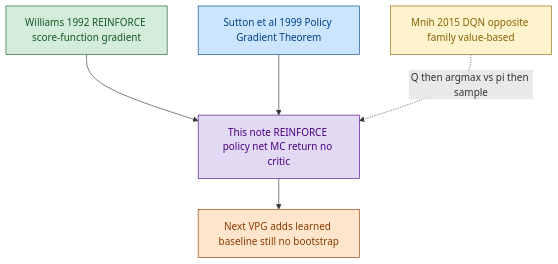
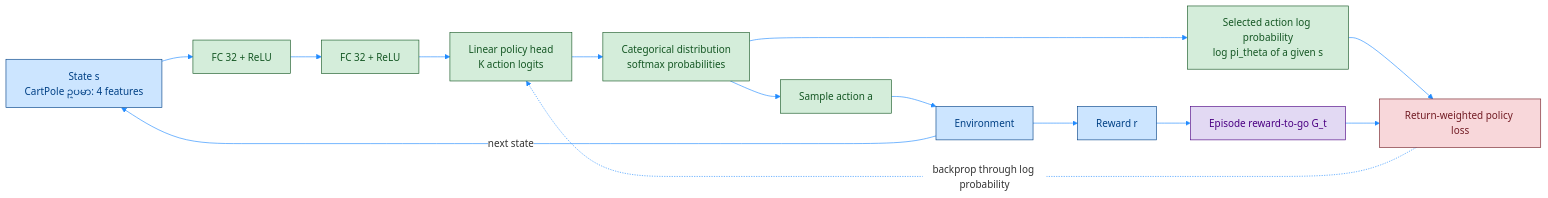
One commit to Open-Source-Robotics-For-Myanmar/rl changed the first of 3 diagrams in Day81 RL python/02_Miguel Morales - Grokking Deep Reinforcement Learning/02_rl_with_dl/rom_photos/06_1_PB_REINFORCE.md. Above: the diagram before and after it, drawn with Mermaid. The commit also changed other lines of this file and 5 other files, not shown here.

Commit message:
docs: organize paper and architecture notes in README

````diff
--- a/Day81 RL python/02_Miguel Morales - Grokking Deep Reinforcement Learning/02_rl_with_dl/rom_photos/06_1_PB_REINFORCE.md
+++ b/Day81 RL python/02_Miguel Morales - Grokking Deep Reinforcement Learning/02_rl_with_dl/rom_photos/06_1_PB_REINFORCE.md
@@ -41,19 +29,26 @@
 ```mermaid
-flowchart TD
-    P1["Williams 1992 REINFORCE score-function gradient"]:::policy
-    P2["Sutton et al 1999 Policy Gradient Theorem"]:::shared
-    P3["Mnih 2015 DQN opposite family value-based"]:::sample
-    P4["This note REINFORCE policy net MC return no critic"]:::value
-    P5["Next VPG adds learned baseline still no bootstrap"]:::extra
+%%{init: {'theme': 'base', 'themeVariables': { 'primaryColor': '#ffffff', 'lineColor': '#218bff'}}}%%
+flowchart LR
+    S["State s<br/>CartPole ဥပမာ: 4 features"] --> H1["FC 32 + ReLU"]
+    H1 --> H2["FC 32 + ReLU"]
+    H2 --> Z["Linear policy head<br/>K action logits"]
+    Z --> P["Categorical distribution<br/>softmax probabilities"]
+    P --> A["Sample action a"]
+    P --> LP["Selected action log probability<br/>log pi_theta of a given s"]
+    A --> E["Environment"]
+    E -->|"next state"| S
+    E --> R["Reward r"]
+    LP --> L["Return-weighted policy loss"]
+    R --> G["Episode reward-to-go G_t"]
+    G --> L
+    L -.->|"backprop through log probability"| Z
 
-    P1 --> P4
-    P2 --> P4
-    P3 -.->|"Q then argmax vs pi then sample"| P4
-    P4 --> P5
-
-    classDef shared fill:#cce5ff,stroke:#004085,color:#004085
-    classDef policy fill:#d4edda,stroke:#155724,color:#155724
-    classDef sample fill:#fff3cd,stroke:#856404,color:#856404
-    classDef value fill:#e2d9f3,stroke:#4b0082,color:#4b0082
-    classDef extra fill:#ffe5cc,stroke:#8a3b00,color:#8a3b00
+    classDef data fill:#cce5ff,stroke:#004085,stroke-width:1px,color:#004085;
+    classDef policy fill:#d4edda,stroke:#155724,stroke-width:1px,color:#155724;
+    classDef signal fill:#e2d9f3,stroke:#4b0082,stroke-width:1px,color:#4b0082;
+    classDef train fill:#f8d7da,stroke:#721c24,stroke-width:1px,color:#721c24;
+    class S,E,R data;
+    class H1,H2,Z,P,A,LP policy;
+    class G signal;
+    class L train;
 ```
````
